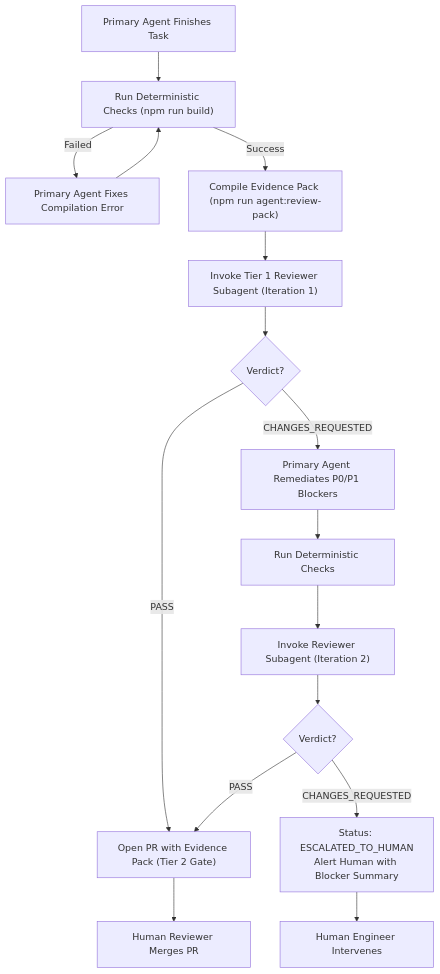
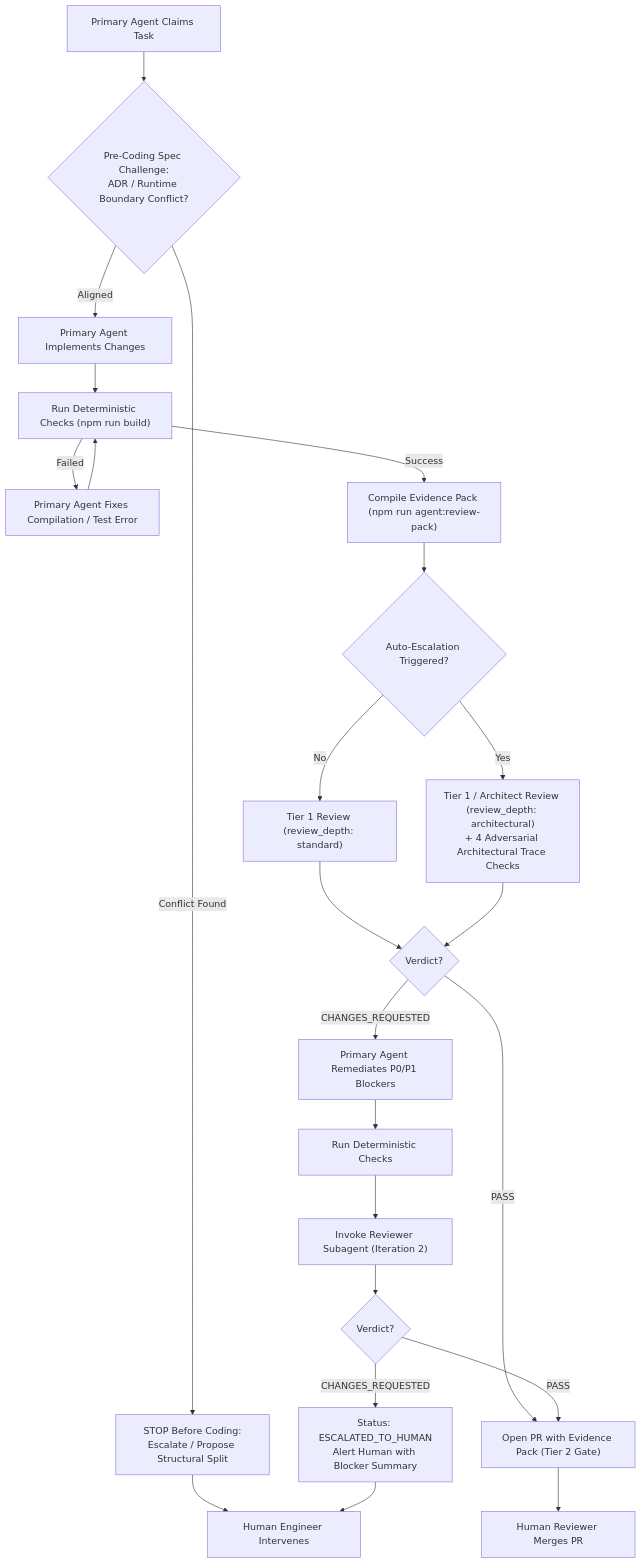
One commit to hanyihtang2/ways-of-working changed the diagram in standards/AGENT_REVIEW_CONTRACT.md. Above: the diagram before and after it, drawn with Mermaid. The commit also changed other lines of this file and 19 other files, not shown here.

Commit message:
feat(standards): add pre-coding spec challenge, architectural auto-escalation, and adversarial review checks

````diff
--- a/standards/AGENT_REVIEW_CONTRACT.md
+++ b/standards/AGENT_REVIEW_CONTRACT.md
@@ -119,18 +178,25 @@
 ```mermaid
 flowchart TD
-    Start["Primary Agent Finishes Task"] --> CheckBuild["Run Deterministic Checks (npm run build)"]
-    CheckBuild -->|Failed| SelfFix["Primary Agent Fixes Compilation Error"]
+    Start["Primary Agent Claims Task"] --> SpecCheck{"Pre-Coding Spec Challenge:<br/>ADR / Runtime Boundary Conflict?"}
+    SpecCheck -->|Conflict Found| SpecEscalate["STOP Before Coding:<br/>Escalate / Propose Structural Split"]
+    SpecCheck -->|Aligned| Code["Primary Agent Implements Changes"]
+    Code --> CheckBuild["Run Deterministic Checks (npm run build)"]
+    CheckBuild -->|Failed| SelfFix["Primary Agent Fixes Compilation / Test Error"]
     SelfFix --> CheckBuild
     CheckBuild -->|Success| Pack["Compile Evidence Pack (npm run agent:review-pack)"]
-    Pack --> Tier1["Invoke Tier 1 Reviewer Subagent (Iteration 1)"]
-    Tier1 --> Verdict1{"Verdict?"}
+    Pack --> DepthCheck{"Auto-Escalation Triggered?"}
+    DepthCheck -->|No| Tier1Std["Tier 1 Review (review_depth: standard)"]
+    DepthCheck -->|Yes| Tier1Arch["Tier 1 / Architect Review (review_depth: architectural)<br/>+ 4 Adversarial Architectural Trace Checks"]
+    Tier1Std --> Verdict1{"Verdict?"}
+    Tier1Arch --> Verdict1
     Verdict1 -->|PASS| Tier2["Open PR with Evidence Pack (Tier 2 Gate)"]
     Verdict1 -->|CHANGES_REQUESTED| Fix1["Primary Agent Remediates P0/P1 Blockers"]
     Fix1 --> Build2["Run Deterministic Checks"]
     Build2 --> Tier1Iter2["Invoke Reviewer Subagent (Iteration 2)"]
     Tier1Iter2 --> Verdict2{"Verdict?"}
     Verdict2 -->|PASS| Tier2
     Verdict2 -->|CHANGES_REQUESTED| Escalate["Status: ESCALATED_TO_HUMAN<br/>Alert Human with Blocker Summary"]
-    Escalate --> Human["Human Engineer Intervenes"]
+    SpecEscalate --> Human["Human Engineer Intervenes"]
+    Escalate --> Human
     Tier2 --> HumanMerge["Human Reviewer Merges PR"]
 ```
````
